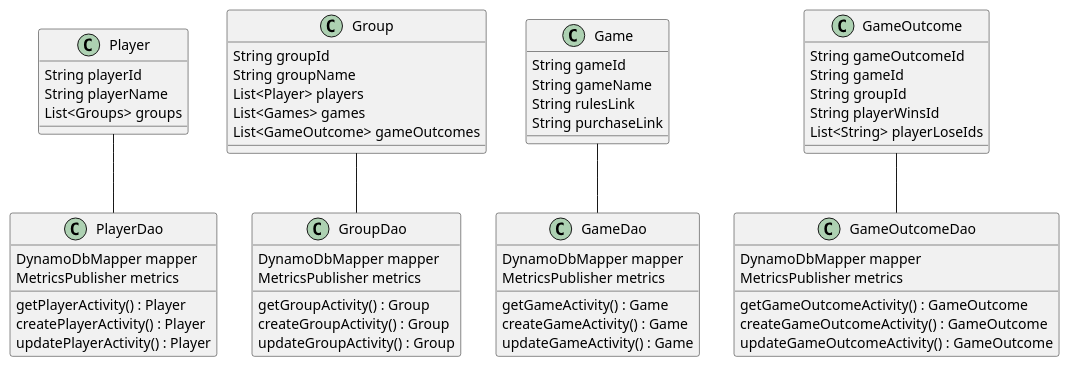
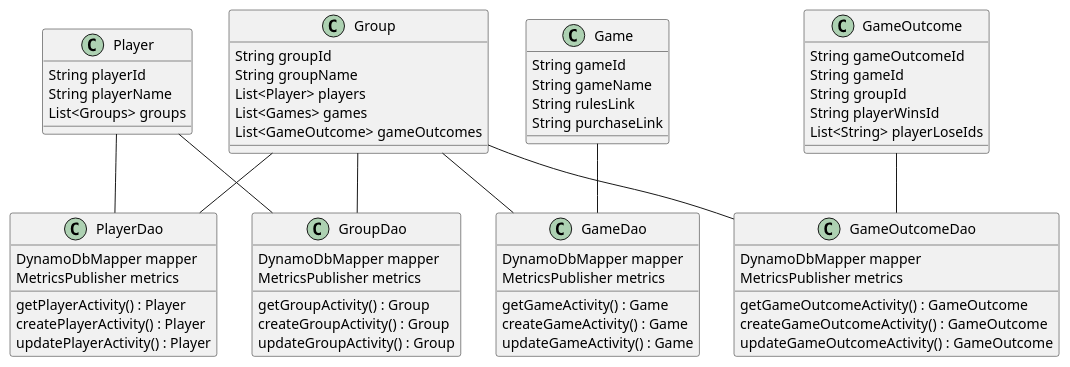
Before and after one commit to MattyOBar/GameBoard: the diagram in GameBoard CD.puml, drawn with PlantUML. The commit also changed 3 other files, not shown here.

```diff
--- a/GameBoard CD.puml
+++ b/GameBoard CD.puml
@@ -1,68 +1,72 @@
 @startuml
 
 Player -- PlayerDao
+Player -- GroupDao
 Group -- GroupDao
+Group -- GameDao
+Group -- PlayerDao
+Group -- GameOutcomeDao
 Game -- GameDao
-GameOutcome --  GameOutcomeDao
+GameOutcome -- GameOutcomeDao
 
 class Player {
 String playerId
 String playerName
 List<Groups> groups
 }
 
 class Group {
 String groupId
 String groupName
 List<Player> players
 List<Games> games
 List<GameOutcome> gameOutcomes
 }
 
 class Game {
 String gameId
 String gameName
 String rulesLink
 String purchaseLink
 }
 
 class GameOutcome {
 String gameOutcomeId
 String gameId
 String groupId
 String playerWinsId
 List<String> playerLoseIds
 }
 
 class PlayerDao {
 DynamoDbMapper mapper
 MetricsPublisher metrics
 getPlayerActivity() : Player
 createPlayerActivity() : Player
 updatePlayerActivity() : Player
 }
 
 class GroupDao {
 DynamoDbMapper mapper
 MetricsPublisher metrics
 getGroupActivity() : Group
 createGroupActivity() : Group
 updateGroupActivity() : Group
 }
 
 class GameDao {
 DynamoDbMapper mapper
 MetricsPublisher metrics
 getGameActivity() : Game
 createGameActivity() : Game
 updateGameActivity() : Game
 }
 
 class GameOutcomeDao {
 DynamoDbMapper mapper
 MetricsPublisher metrics
 getGameOutcomeActivity() : GameOutcome
 createGameOutcomeActivity() : GameOutcome
 updateGameOutcomeActivity() : GameOutcome
 }
 @enduml
```
